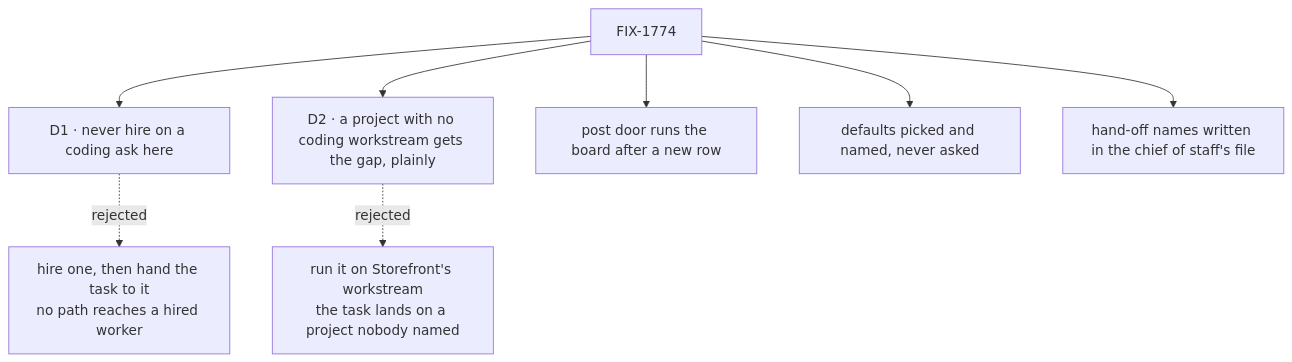
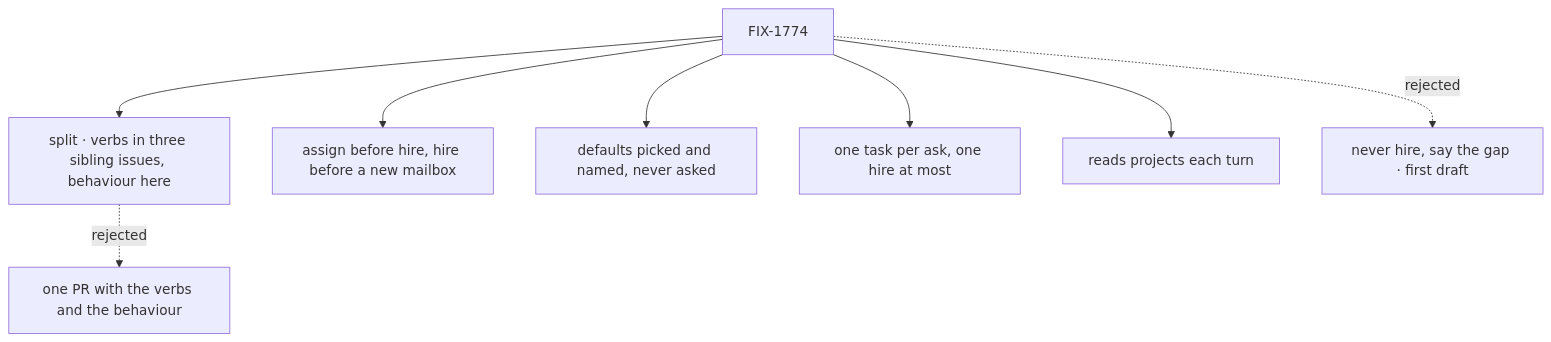
The diagram in specs/issues/FIX-1774/DECISIONS.md (fixpoint-labs/flow-state-dev), drawn with Mermaid before and after one commit. The commit also changed other lines of this file and 7 other files, not shown here.

First line of the commit message:
spec(FIX-1774): rework as the coordinator's behaviour — assign, else hire then assign, else set up a mailbox

````diff
--- a/specs/issues/FIX-1774/DECISIONS.md
+++ b/specs/issues/FIX-1774/DECISIONS.md
@@ -10,10 +11,10 @@
 ```mermaid
 flowchart TD
-  I["FIX-1774"] --> D1["D1 · never hire on a coding ask here"]
-  D1 -.->|"rejected"| X1["hire one, then hand the task to it<br/>no path reaches a hired worker"]
-  I --> D2["D2 · a project with no coding workstream gets the gap, plainly"]
-  D2 -.->|"rejected"| X2["run it on Storefront's workstream<br/>the task lands on a project nobody named"]
-  I --> E1["post door runs the board after a new row"]
+  I["FIX-1774"] --> S["split · verbs in three sibling issues, behaviour here"]
+  I --> E1["assign before hire, hire before a new mailbox"]
   I --> E2["defaults picked and named, never asked"]
-  I --> E3["hand-off names written in the chief of staff's file"]
+  I --> E3["one task per ask, one hire at most"]
+  I --> E4["reads projects each turn"]
+  S -.->|"rejected"| X1["one PR with the verbs and the behaviour"]
+  I -.->|"rejected"| X2["never hire, say the gap · first draft"]
 ```
````
